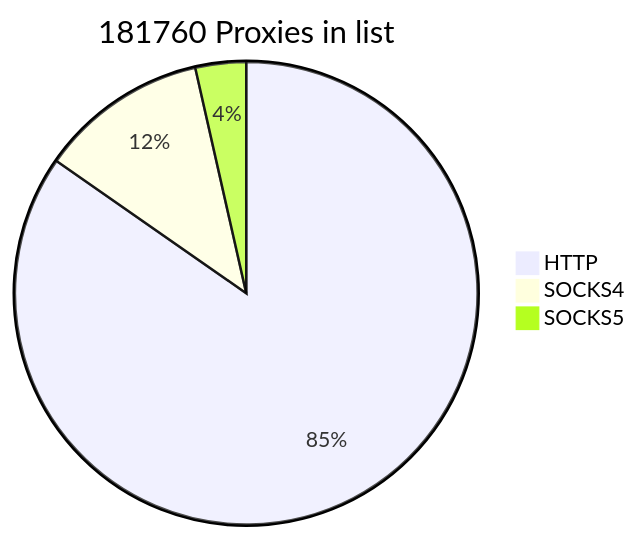
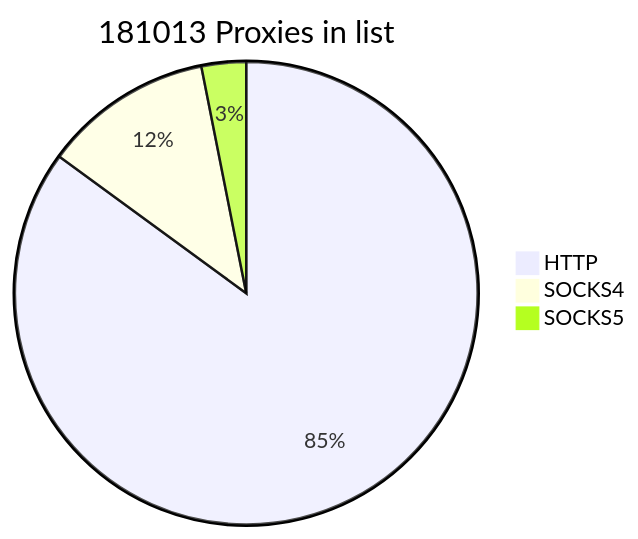
Before and after one commit to cutipu/proxylist: the first of 2 diagrams in README.md, drawn with Mermaid. The commit also changed other lines of this file, not shown here.

````diff
--- a/README.md
+++ b/README.md
@@ -2,7 +2,7 @@
 ```mermaid
-pie title 181760 Proxies in list
-    "HTTP" : 153925
-    "SOCKS4" : 21400
-    "SOCKS5" : 6435
+pie title 181013 Proxies in list
+    "HTTP" : 153941
+    "SOCKS4" : 21439
+    "SOCKS5" : 5633
             
 ```
````
